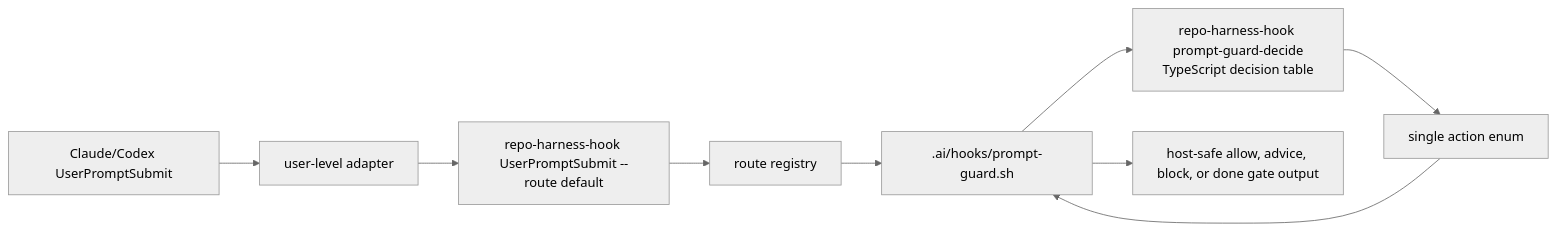
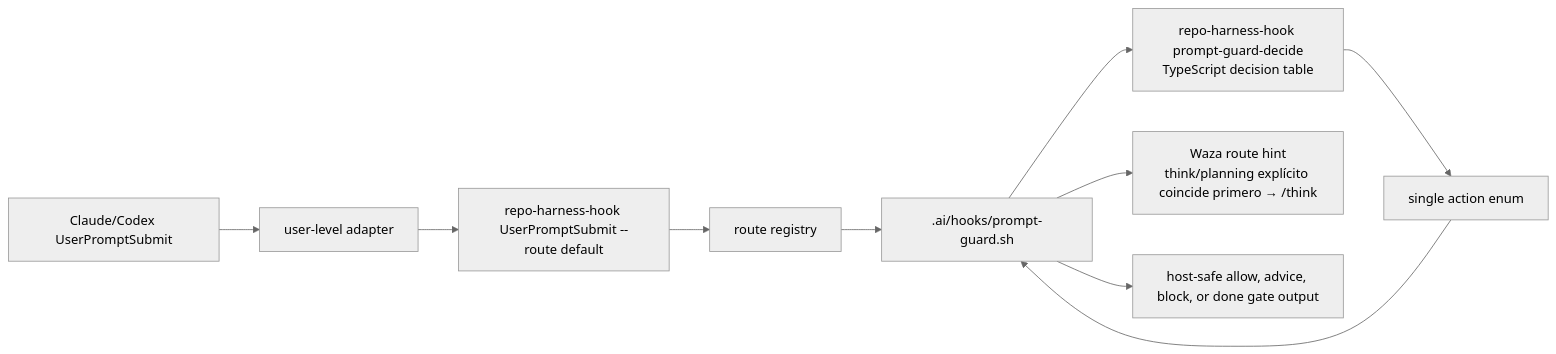
Before and after one commit to automann/local-repo-harness: the third of 3 diagrams in README.es.md, drawn with Mermaid (neutral theme). The commit also changed other lines of this file and 3 other files, not shown here.

Commit message:
docs(readme): sync localized hook diagrams

````diff
--- a/README.es.md
+++ b/README.es.md
@@ -268,11 +277,12 @@
 ```mermaid
 flowchart LR
   Host["Claude/Codex UserPromptSubmit"] --> Adapter["user-level adapter"]
   Adapter --> CLI["repo-harness-hook UserPromptSubmit --route default"]
   CLI --> Route["route registry"]
   Route --> Shell[".ai/hooks/prompt-guard.sh"]
   Shell --> Decision["repo-harness-hook prompt-guard-decide<br/>TypeScript decision table"]
   Decision --> Action["single action enum"]
   Action --> Shell
+  Shell --> RouteHint["Waza route hint<br/>think/planning explícito coincide primero → /think"]
   Shell --> HostOutput["host-safe allow, advice, block, or done gate output"]
 ```
````
